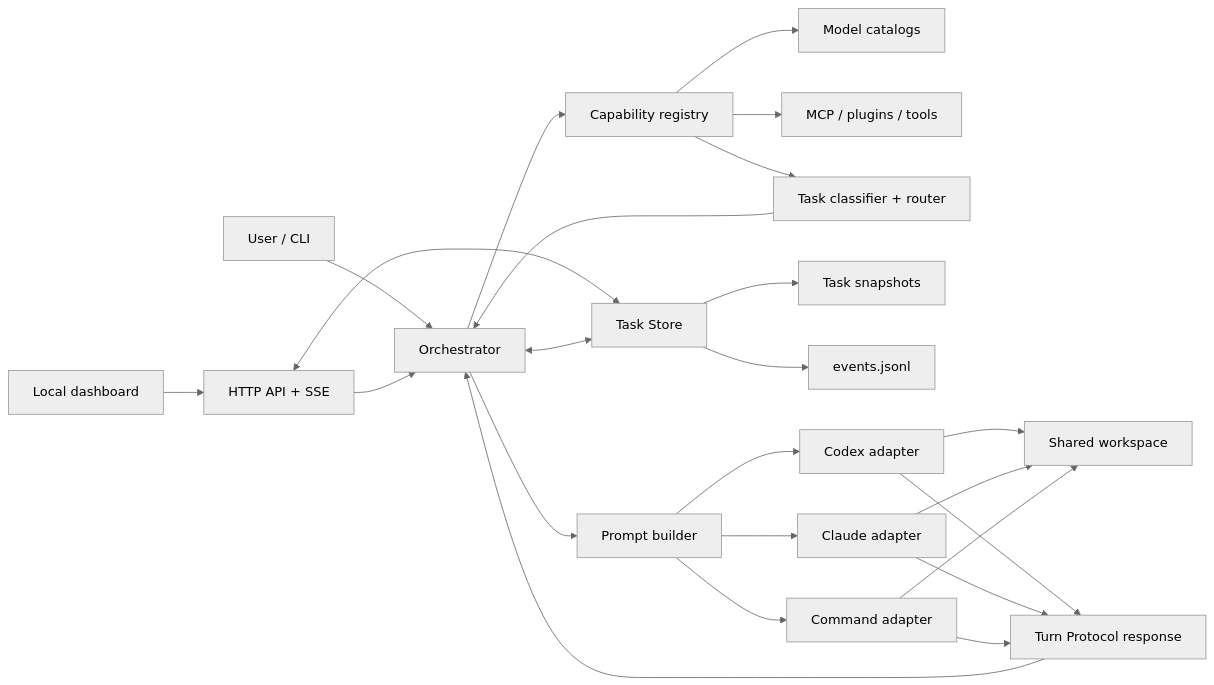
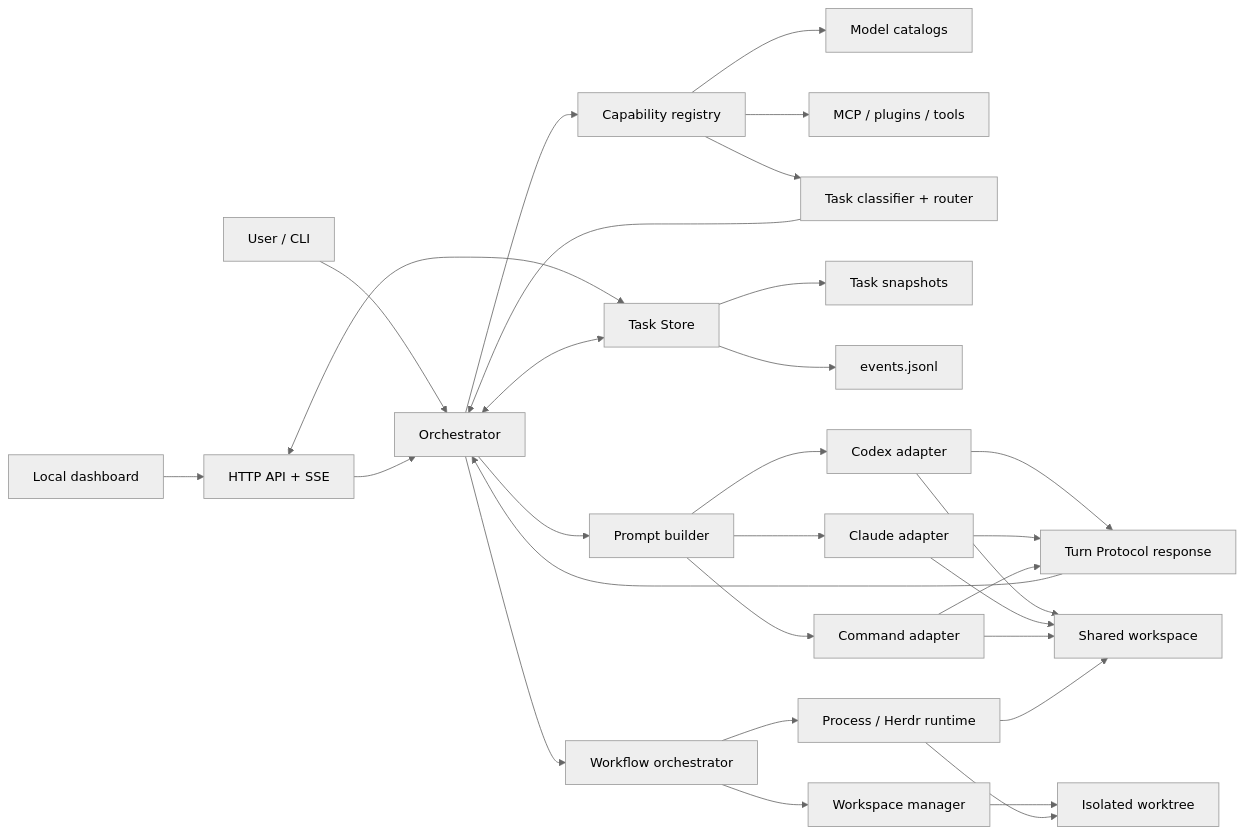
The diagram in docs/architecture.md (xxxxxthhh/agent-office), drawn with Mermaid (neutral theme) before and after one commit. The commit also changed other lines of this file and 28 other files, not shown here.

First line of the commit message:
Integrate Herdr DAG workflow runtime onto reviewed main

````diff
--- a/docs/architecture.md
+++ b/docs/architecture.md
@@ -15,26 +15,32 @@
 ```mermaid
 flowchart LR
     U["User / CLI"] --> O["Orchestrator"]
     D["Local dashboard"] --> H["HTTP API + SSE"]
     H --> O
     H <--> S
     O --> K["Capability registry"]
     K --> M["Model catalogs"]
     K --> T["MCP / plugins / tools"]
     K --> Q["Task classifier + router"]
     Q --> O
     O <--> S["Task Store"]
     S --> J["Task snapshots"]
     S --> E["events.jsonl"]
+    O --> WO["Workflow orchestrator"]
+    WO --> ER["Process / Herdr runtime"]
+    WO --> WT["Workspace manager"]
+    WT --> IW["Isolated worktree"]
     O --> P["Prompt builder"]
     P --> C["Codex adapter"]
     P --> A["Claude adapter"]
     P --> X["Command adapter"]
     C --> W["Shared workspace"]
     A --> W
     X --> W
+    ER --> W
+    ER --> IW
     C --> R["Turn Protocol response"]
     A --> R
     X --> R
     R --> O
 ```
````
